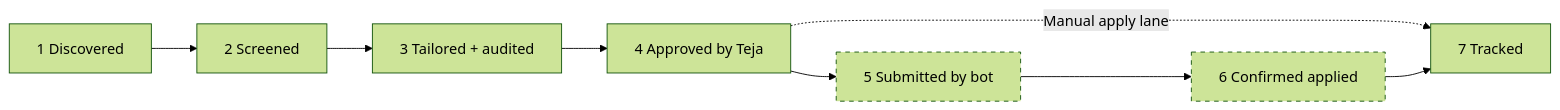
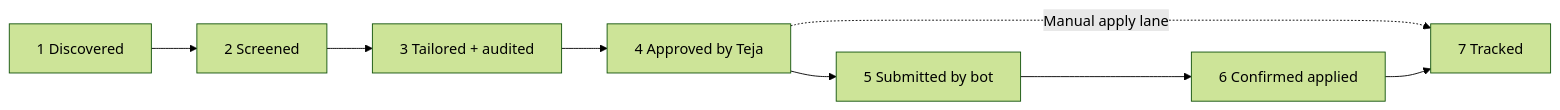
The diagram in docs/product/roadmap-and-open-gaps.md (MallamTeja/applyyy), drawn with Mermaid (forest theme) before and after one commit. The commit also changed other lines of this file and 136 other files, not shown here.

````diff
--- a/docs/product/roadmap-and-open-gaps.md
+++ b/docs/product/roadmap-and-open-gaps.md
@@ -44,10 +29,8 @@
 ```mermaid
 flowchart LR
   A[1 Discovered] --> B[2 Screened] --> C[3 Tailored + audited] --> D[4 Approved by Teja]
   D --> E[5 Submitted by bot]
   D -.Manual apply lane.-> G
   E --> F[6 Confirmed applied]
   F --> G[7 Tracked]
-  style E stroke-dasharray: 5 5
-  style F stroke-dasharray: 5 5
 ```
````
